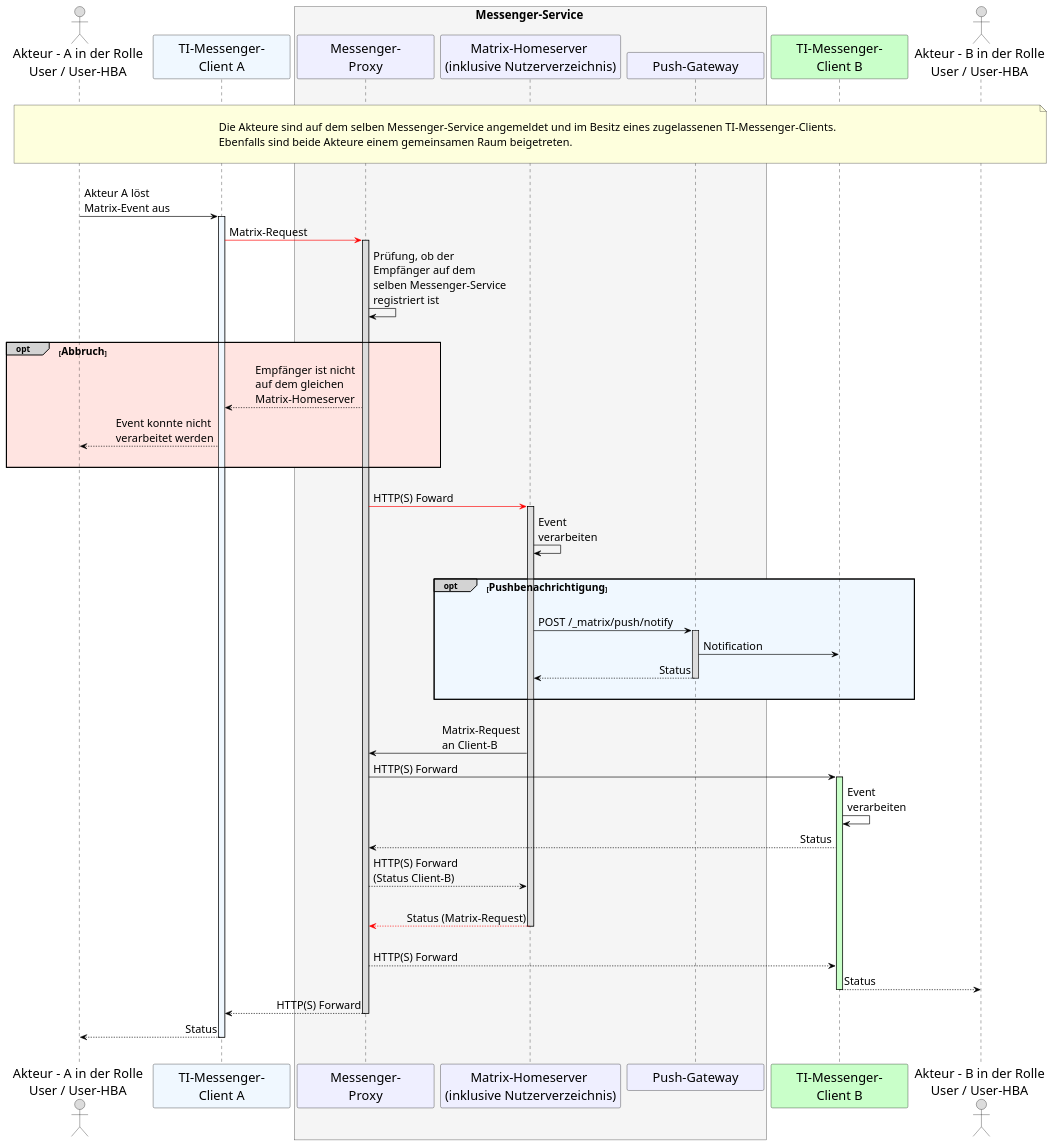
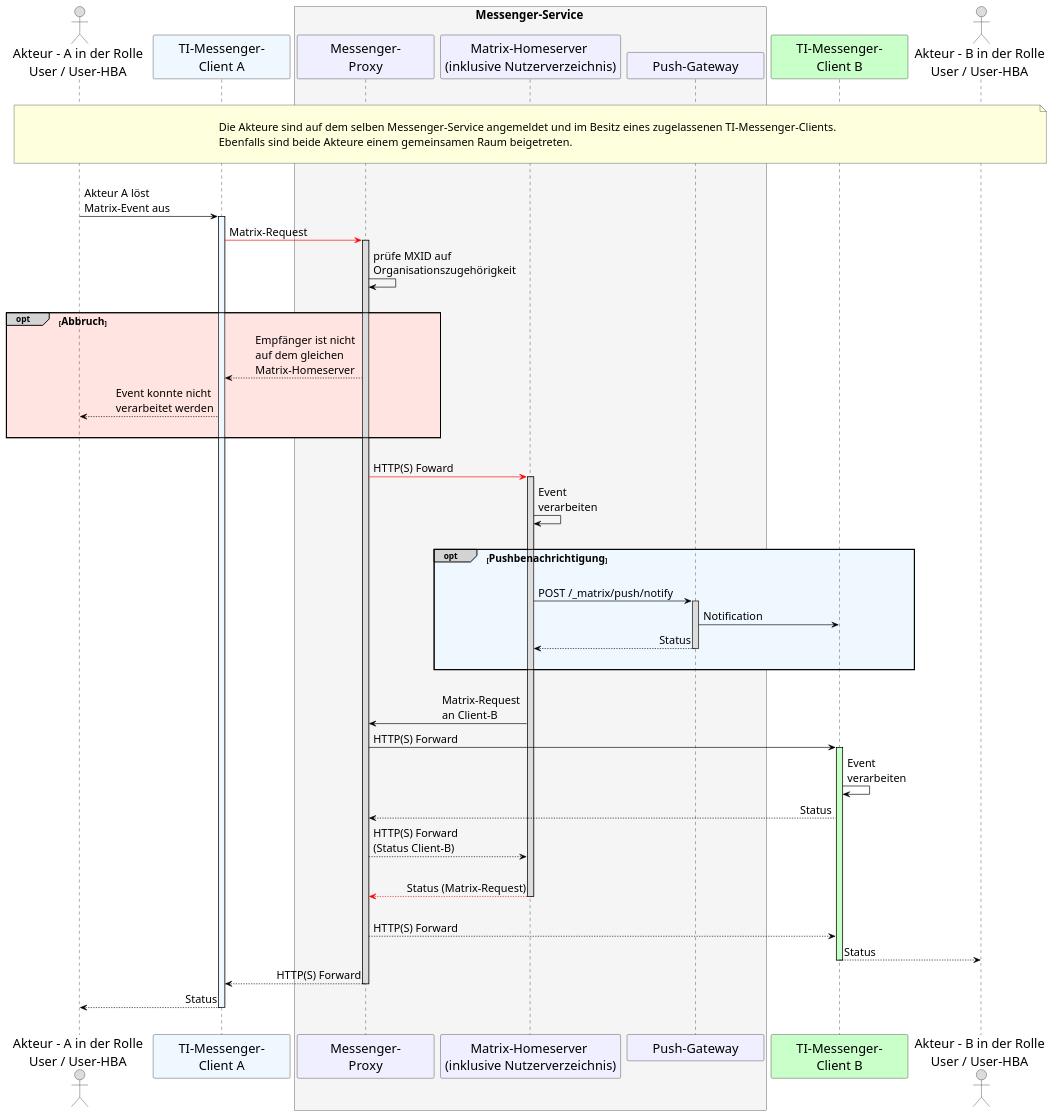
One commit to gematik/api-ti-messenger changed the diagram in src/plantuml/TI-Messenger-Dienst/Ressourcen/UC_10063_Seq.puml. Above: the diagram before and after it, drawn with PlantUML.

```diff
--- a/src/plantuml/TI-Messenger-Dienst/Ressourcen/UC_10063_Seq.puml
+++ b/src/plantuml/TI-Messenger-Dienst/Ressourcen/UC_10063_Seq.puml
@@ -9,90 +9,90 @@
 @startuml
 skinparam sequenceMessageAlign direction
 skinparam minClassWidth 200
 skinparam BoxPadding 1
 skinparam sequenceReferenceHeaderBackgroundColor palegreen
 scale max 2048 width
 
 skinparam sequence {
 ArrowColor black
 ArrowFontSize 17
 ActorBorderColor black
 LifeLineBorderColor black
 LifeLineBackgroundColor Gainsboro
 
 ParticipantBorderColor Motivation
 ParticipantBackgroundColor Motivation
 ParticipantFontName Impact
 ParticipantFontSize 20
 ParticipantFontColor black
 ParticipantBorderColor Black
 ParticipantBackgroundColor MOTIVATION
 
 ActorBackgroundColor Gainsboro
 ActorFontColor black
 ActorFontSize 20
 ActorFontName Aapex
 }
     actor U1 as "Akteur - A in der Rolle\nUser / User-HBA"
     participant C1 as "TI-Messenger-\nClient A" #AliceBlue
     box <size:18>Messenger-Service</size> #WhiteSmoke
       participant MP as "Messenger-\nProxy"
       participant MH as "Matrix-Homeserver \n(inklusive Nutzerverzeichnis)"
       participant PG as "Push-Gateway"
     end box
     participant C2 as "TI-Messenger-\nClient B" #TECHNOLOGY
     actor U2 as "Akteur - B in der Rolle\nUser / User-HBA"
     
 |||
 note over U1, U2: \n<size:17>Die Akteure sind auf dem selben Messenger-Service angemeldet und im Besitz eines zugelassenen TI-Messenger-Clients.</size>\n<size:17>Ebenfalls sind beide Akteure einem gemeinsamen Raum beigetreten.</size>\n
 |||
 
     U1->C1: Akteur A löst \nMatrix-Event aus
       activate C1 #AliceBlue
     C1-[#red]>MP: Matrix-Request
       activate MP
-    MP->MP: Prüfung, ob der \nEmpfänger auf dem \nselben Messenger-Service \nregistriert ist
+    MP->MP: prüfe MXID auf \nOrganisationszugehörigkeit
     
     |||
     opt#LightGrey #MistyRose <size:16>Abbruch</size>
       MP-->C1: Empfänger ist nicht \nauf dem gleichen \nMatrix-Homeserver
       C1-->U1: Event konnte nicht \nverarbeitet werden
     |||
     end
     
     |||
     MP-[#red]>MH: HTTP(S) Foward
       activate MH
     MH->MH: Event \nverarbeiten
     
     |||
     opt#LightGrey #AliceBlue <size:16>Pushbenachrichtigung</size>
     |||
     MH->PG: POST /_matrix/push/notify
       activate PG
     PG->C2: Notification
     PG-->MH: Status
       deactivate PG
     |||
     end
     
     |||
     MH->MP: Matrix-Request \nan Client-B
     MP->C2: HTTP(S) Forward
       activate C2 #TECHNOLOGY
     C2->C2: Event \nverarbeiten
     C2-->MP: Status
     MP-->MH: HTTP(S) Forward \n(Status Client-B)
     |||
     MH-[#red]->MP: Status (Matrix-Request)
       deactivate MH
     |||
     MP-->C2: HTTP(S) Forward
     C2-->U2: Status
       deactivate C2
     MP-->C1: HTTP(S) Forward
       deactivate MP
     C1-->U1: Status
       deactivate C1
 |||
 @enduml
```
